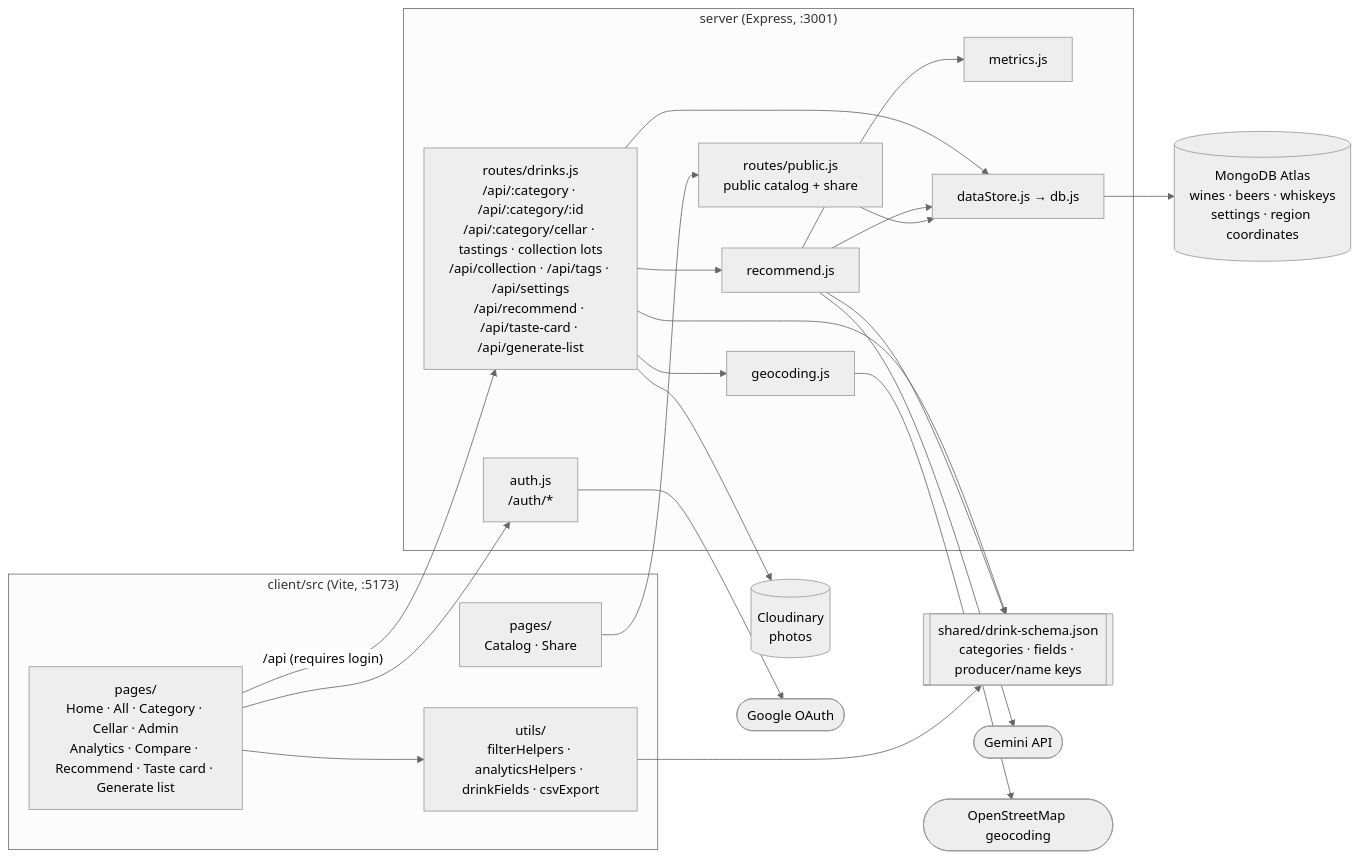
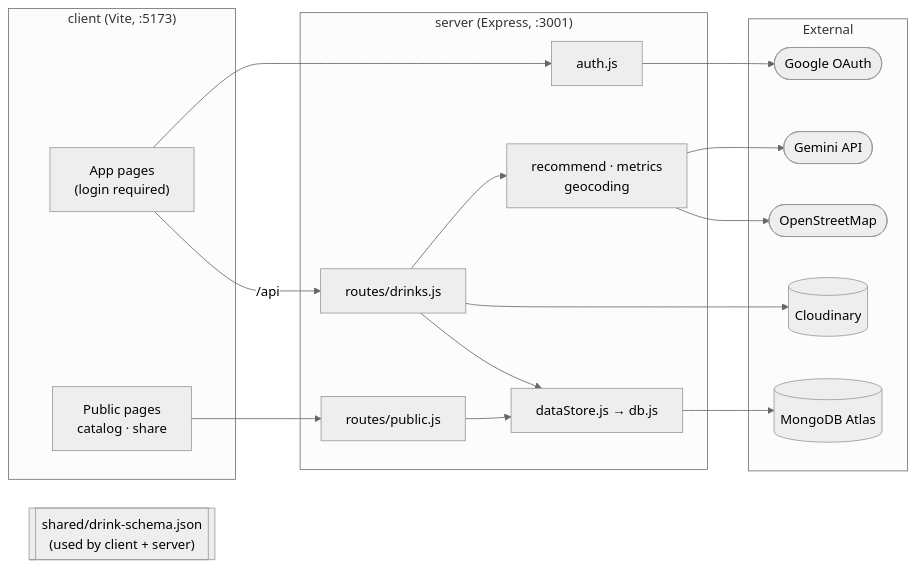
The diagram in README.md (noamros9/drinks-reviewer), drawn with Mermaid (neutral theme) before and after one commit.

Commit message:
Simplify the README architecture diagram
Drop route and page lists, group external services, and lay it out
so no edges cross.

Claude-Session: https://claude.ai/code/session_01XJy4bF4BbZqKgArwunMjrt

````diff
--- a/README.md
+++ b/README.md
@@ -16,40 +16,38 @@
 ```mermaid
 flowchart LR
-  subgraph client["client/src (Vite, :5173)"]
-    pages["pages/<br/>Home · All · Category · Cellar · Admin<br/>Analytics · Compare · Recommend · Taste card · Generate list"]
-    publicPages["pages/<br/>Catalog · Share"]
-    utils["utils/<br/>filterHelpers · analyticsHelpers · drinkFields · csvExport"]
-    pages --> utils
+  schema[["shared/drink-schema.json<br/>(used by client + server)"]]
+
+  subgraph client["client (Vite, :5173)"]
+    app["App pages<br/>(login required)"]
+    publicPages["Public pages<br/>catalog · share"]
   end
 
-  schema[["shared/drink-schema.json<br/>categories · fields · producer/name keys"]]
-  utils --> schema
-
   subgraph server["server (Express, :3001)"]
-    auth["auth.js<br/>/auth/*"]
-    drinks["routes/drinks.js<br/>/api/:category · /api/:category/:id<br/>/api/:category/cellar · tastings · collection lots<br/>/api/collection · /api/tags · /api/settings<br/>/api/recommend · /api/taste-card · /api/generate-list"]
-    public["routes/public.js<br/>public catalog + share"]
-    recommend["recommend.js"]
-    metrics["metrics.js"]
-    geocoding["geocoding.js"]
+    auth["auth.js"]
+    drinks["routes/drinks.js"]
+    public["routes/public.js"]
+    services["recommend · metrics<br/>geocoding"]
     store["dataStore.js → db.js"]
-    drinks --> recommend --> metrics
-    drinks --> geocoding
-    drinks --> store
-    recommend --> store
-    public --> store
   end
 
-  drinks --> schema
-  recommend --> schema
+  subgraph external["External"]
+    google(["Google OAuth"])
+    gemini(["Gemini API"])
+    osm(["OpenStreetMap"])
+    cloudinary[("Cloudinary")]
+    atlas[("MongoDB Atlas")]
+  end
 
-  pages -- "/api (requires login)" --> drinks
-  pages --> auth
+  app --> auth
+  app -- "/api" --> drinks
   publicPages --> public
+  drinks --> services
+  drinks --> store
+  public --> store
 
-  store --> atlas[("MongoDB Atlas<br/>wines · beers · whiskeys<br/>settings · region coordinates")]
-  drinks --> cloudinary[("Cloudinary<br/>photos")]
-  auth --> google(["Google OAuth"])
-  recommend --> gemini(["Gemini API"])
-  geocoding --> osm(["OpenStreetMap geocoding"])
+  auth --> google
+  services --> gemini
+  services --> osm
+  drinks --> cloudinary
+  store --> atlas
 ```
````
